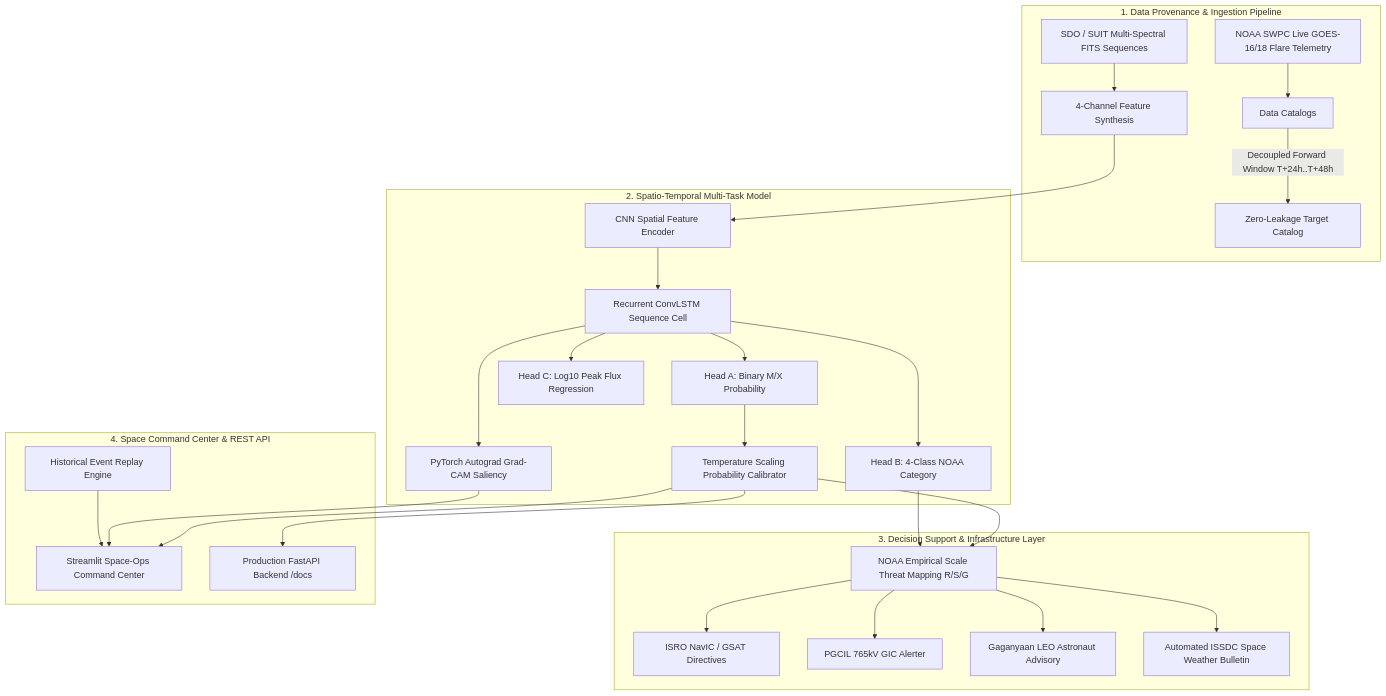
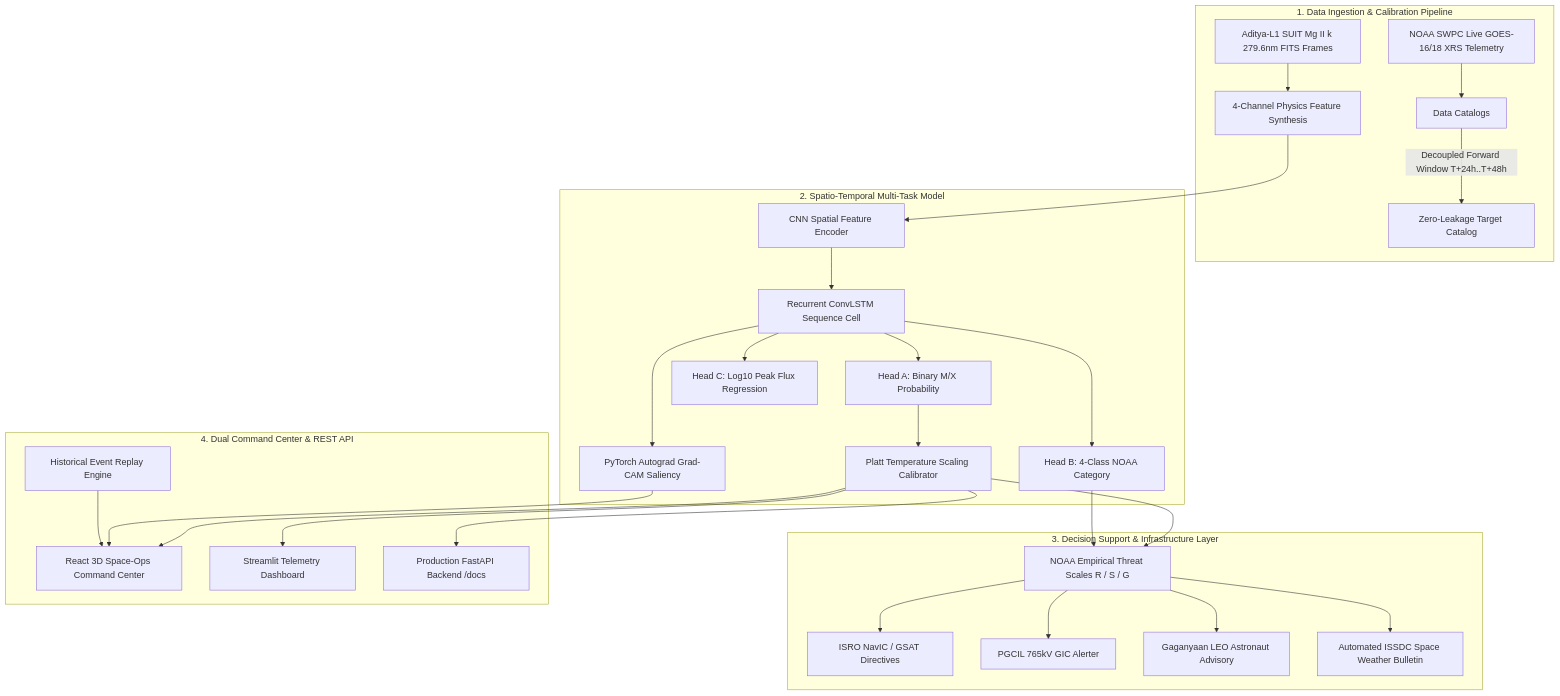
Before and after one commit to aarushipujari/solar: the diagram in README.md, drawn with Mermaid. The commit also changed other lines of this file, not shown here.

Commit message:
docs: update README with comprehensive satellite provenance, 3D WebGL frontend components, and LORO-CV architecture

````diff
--- a/README.md
+++ b/README.md
@@ -29,34 +30,35 @@
 ```mermaid
 graph TD
-    subgraph DataIngestion ["1. Data Provenance & Ingestion Pipeline"]
-        A[NOAA SWPC Live GOES-16/18 Flare Telemetry] --> C[Data Catalogs]
-        B[SDO / SUIT Multi-Spectral FITS Sequences] --> D[4-Channel Feature Synthesis]
+    subgraph DataIngestion ["1. Data Ingestion & Calibration Pipeline"]
+        A[NOAA SWPC Live GOES-16/18 XRS Telemetry] --> C[Data Catalogs]
+        B[Aditya-L1 SUIT Mg II k 279.6nm FITS Frames] --> D[4-Channel Physics Feature Synthesis]
         C -->|Decoupled Forward Window T+24h..T+48h| E[Zero-Leakage Target Catalog]
     end
 
     subgraph DLModel ["2. Spatio-Temporal Multi-Task Model"]
         D --> F[CNN Spatial Feature Encoder]
         F --> G[Recurrent ConvLSTM Sequence Cell]
         G --> H[Head A: Binary M/X Probability]
         G --> I[Head B: 4-Class NOAA Category]
         G --> J[Head C: Log10 Peak Flux Regression]
-        H --> K[Temperature Scaling Probability Calibrator]
+        H --> K[Platt Temperature Scaling Calibrator]
         G --> L[PyTorch Autograd Grad-CAM Saliency]
     end
 
     subgraph DecisionEngine ["3. Decision Support & Infrastructure Layer"]
-        K --> M[NOAA Empirical Scale Threat Mapping R/S/G]
+        K --> M[NOAA Empirical Threat Scales R / S / G]
         I --> M
         M --> N[ISRO NavIC / GSAT Directives]
         M --> O[PGCIL 765kV GIC Alerter]
         M --> P[Gaganyaan LEO Astronaut Advisory]
         M --> Q[Automated ISSDC Space Weather Bulletin]
     end
 
-    subgraph Frontends ["4. Space Command Center & REST API"]
-        K --> R[Streamlit Space-Ops Command Center]
+    subgraph Frontends ["4. Dual Command Center & REST API"]
+        K --> R[React 3D Space-Ops Command Center]
         L --> R
         S[Historical Event Replay Engine] --> R
-        K --> T[Production FastAPI Backend /docs]
+        K --> T[Streamlit Telemetry Dashboard]
+        K --> U[Production FastAPI Backend /docs]
     end
 ```
````
